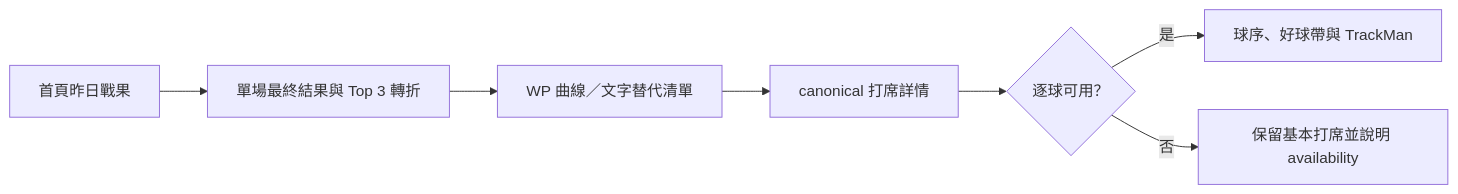
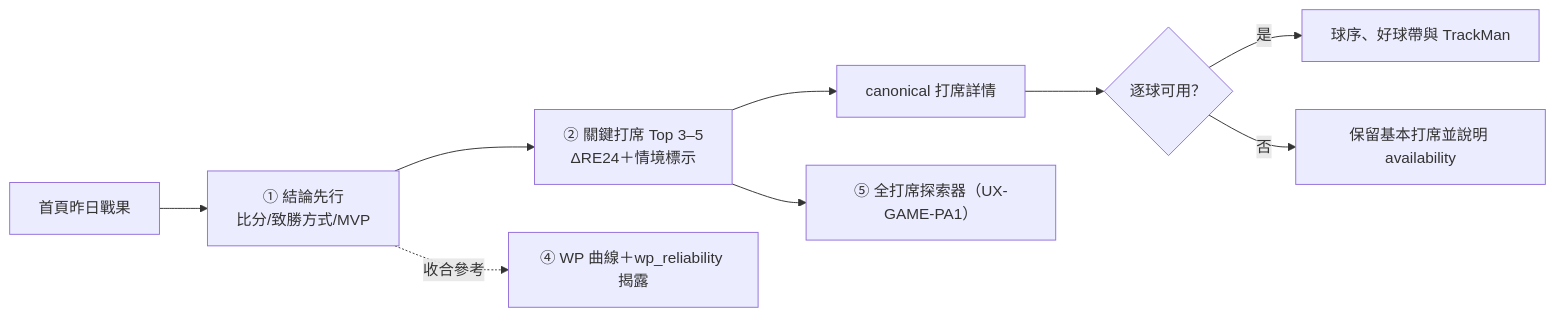
Before and after one commit to ruan6047/cpbl-analytics: the diagram in docs/design/GAME_RECAP_DESIGN_BRIEF.md, drawn with Mermaid. The commit also changed other lines of this file and 1 other file, not shown here.

First line of the commit message:
docs(design): rewrite game recap brief around delta-RE24 facts (v1.3)

````diff
--- a/docs/design/GAME_RECAP_DESIGN_BRIEF.md
+++ b/docs/design/GAME_RECAP_DESIGN_BRIEF.md
@@ -12,9 +35,11 @@
 ```mermaid
 flowchart LR
-  A["首頁昨日戰果"] --> B["單場最終結果與 Top 3 轉折"]
-  B --> C["WP 曲線／文字替代清單"]
+  A["首頁昨日戰果"] --> B["① 結論先行<br>比分/致勝方式/MVP"]
+  B --> C["② 關鍵打席 Top 3–5<br>ΔRE24＋情境標示"]
   C --> D["canonical 打席詳情"]
   D --> E{"逐球可用？"}
   E -->|是| F["球序、好球帶與 TrackMan"]
   E -->|否| G["保留基本打席並說明 availability"]
+  B -.收合參考.-> H["④ WP 曲線＋wp_reliability 揭露"]
+  C --> I["⑤ 全打席探索器（UX-GAME-PA1）"]
 ```
````
